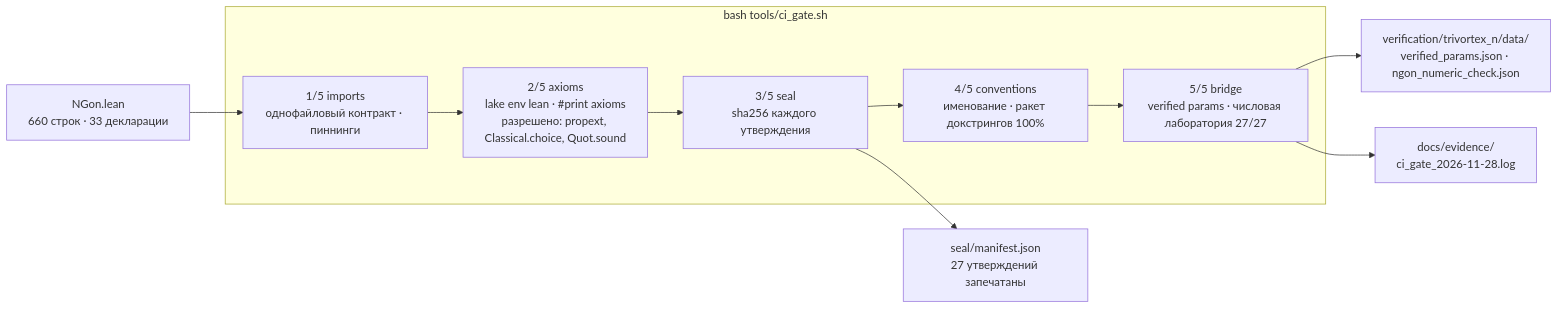
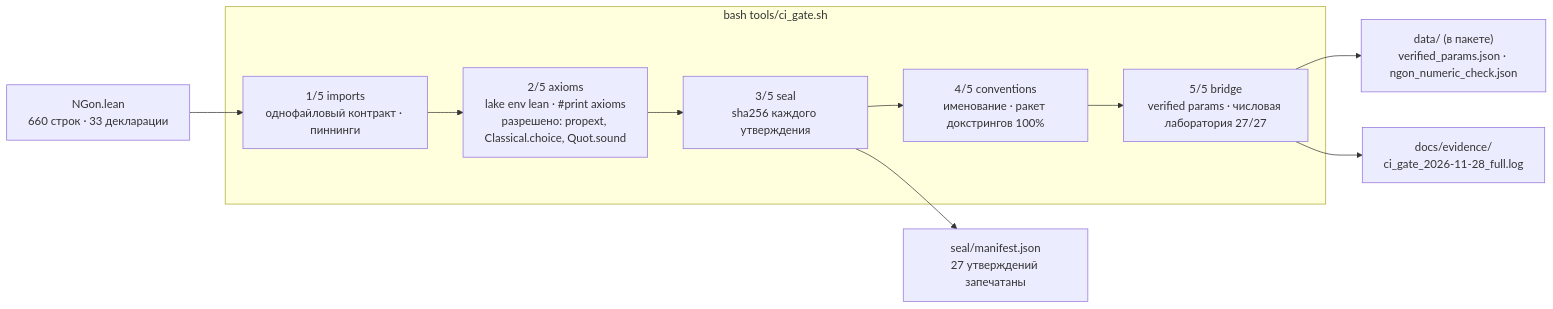
The second of 4 diagrams in verification/NGoen_lean4/README_RU.md (wild8highlander/Trivortex), drawn with Mermaid before and after one commit. The commit also changed other lines of this file, not shown here.

Commit message:
README_RU: зеркальные правки — все 5 гейтов PASS (полная компиляция в песочнице), лаборатория коммитится, фактические пути (data/ в пакете, cd verification/NGoen_lean4)

````diff
--- a/verification/NGoen_lean4/README_RU.md
+++ b/verification/NGoen_lean4/README_RU.md
@@ -247,15 +251,15 @@
 ```mermaid
 flowchart LR
   SRC["NGon.lean\n660 строк · 33 декларации"] --> G1
   subgraph GATES["bash tools/ci_gate.sh"]
     G1["1/5 imports\nоднофайловый контракт · пиннинги"]
     G2["2/5 axioms\nlake env lean · #print axioms\nразрешено: propext, Classical.choice, Quot.sound"]
     G3["3/5 seal\nsha256 каждого утверждения"]
     G4["4/5 conventions\nименование · ракет докстрингов 100%"]
     G5["5/5 bridge\nverified params · числовая лаборатория 27/27"]
   end
   G1 --> G2 --> G3 --> G4 --> G5
   G3 --> SEAL["seal/manifest.json\n27 утверждений запечатаны"]
-  G5 --> LAB["verification/trivortex_n/data/\nverified_params.json · ngon_numeric_check.json"]
-  G5 --> LOG["docs/evidence/\nci_gate_2026-11-28.log"]
+  G5 --> LAB["data/ (в пакете)\nverified_params.json · ngon_numeric_check.json"]
+  G5 --> LOG["docs/evidence/\nci_gate_2026-11-28_full.log"]
 ```
````
